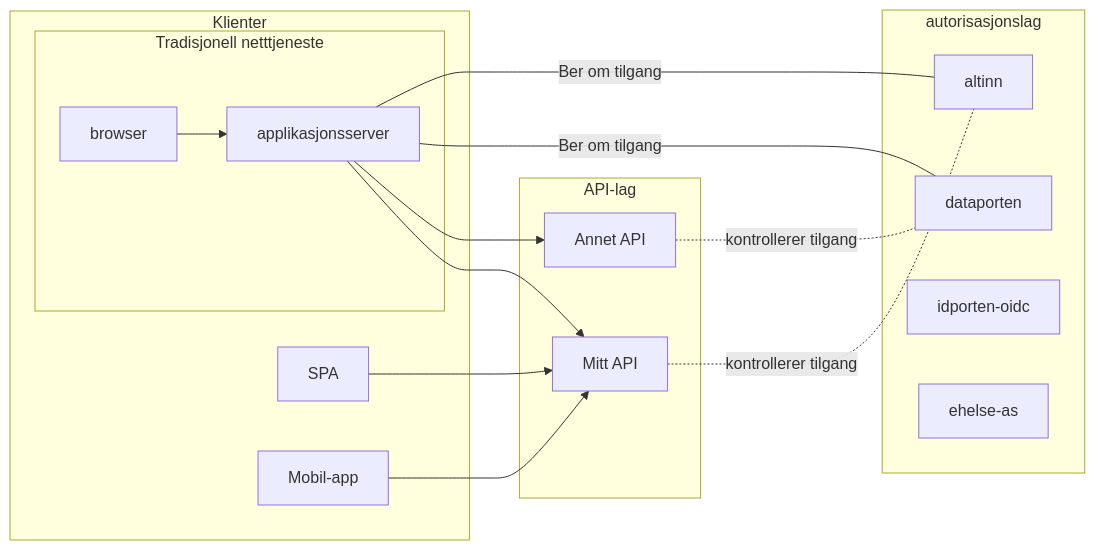
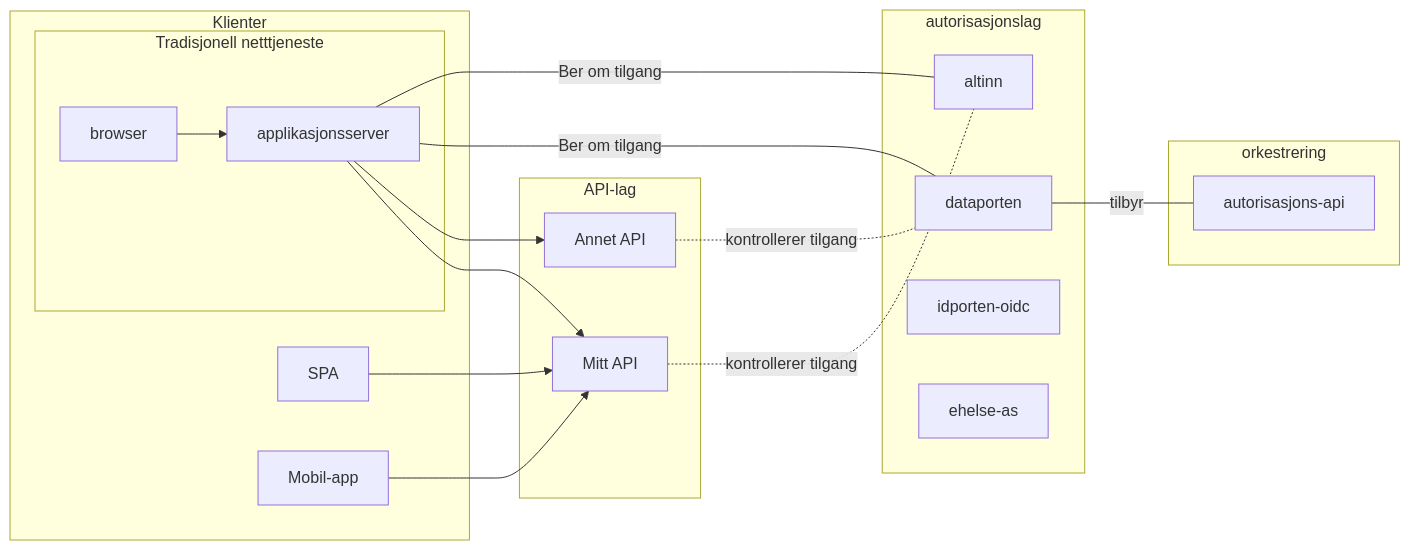
One commit to joergenb/documentation-theme-jekyll changed the second of 2 diagrams in pages/oauth2/systemlandskap.md. Above: the diagram before and after it, drawn with Mermaid. The commit also changed other lines of this file, not shown here.

```diff
--- a/pages/oauth2/systemlandskap.md
+++ b/pages/oauth2/systemlandskap.md
@@ -34,38 +42,43 @@
 <div class="mermaid">
 graph LR
 
  subgraph autorisasjonslag
   dataporten
   altinn 
   idporten-oidc
   ehelse-as
  end
 
  subgraph API-lag
   mittapi["Mitt API"]
   dittapi["Annet API"]
 
   mittapi-. kontrollerer tilgang .- altinn
   dittapi-. kontrollerer tilgang .- dataporten
  end
 
  subgraph Klienter 
   subgraph Tradisjonell netttjeneste
     browser
     applikasjonsserver
     browser-->applikasjonsserver
   end
   SPA
   native["Mobil-app"]
 
   applikasjonsserver-->mittapi
   applikasjonsserver-->dittapi
   applikasjonsserver-- Ber om tilgang --- dataporten
   applikasjonsserver-- Ber om tilgang --- altinn
 
   SPA-->mittapi
   native-->mittapi
  end
  
+ subgraph orkestrering
+   autorisasjons-api
+   
+   dataporten-- tilbyr --- autorisasjons-api 
+  end
 
 </div>
```
